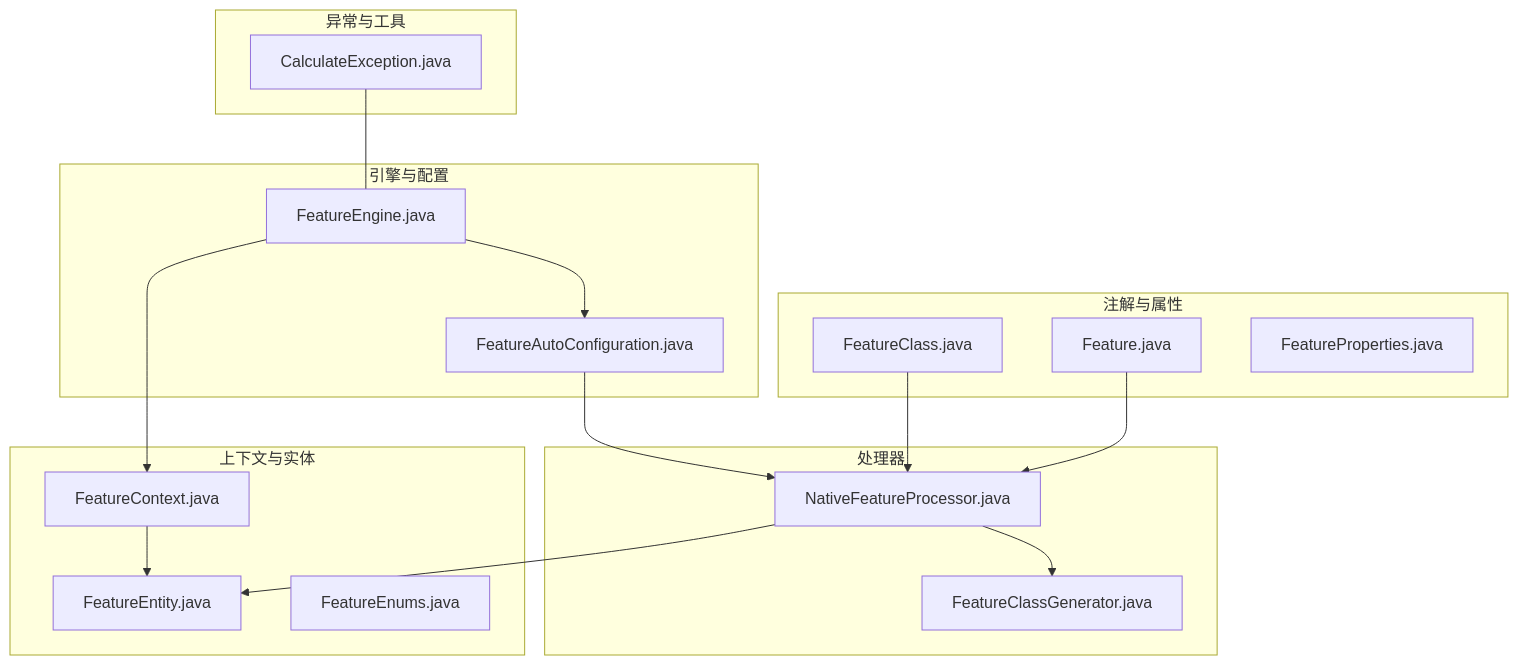
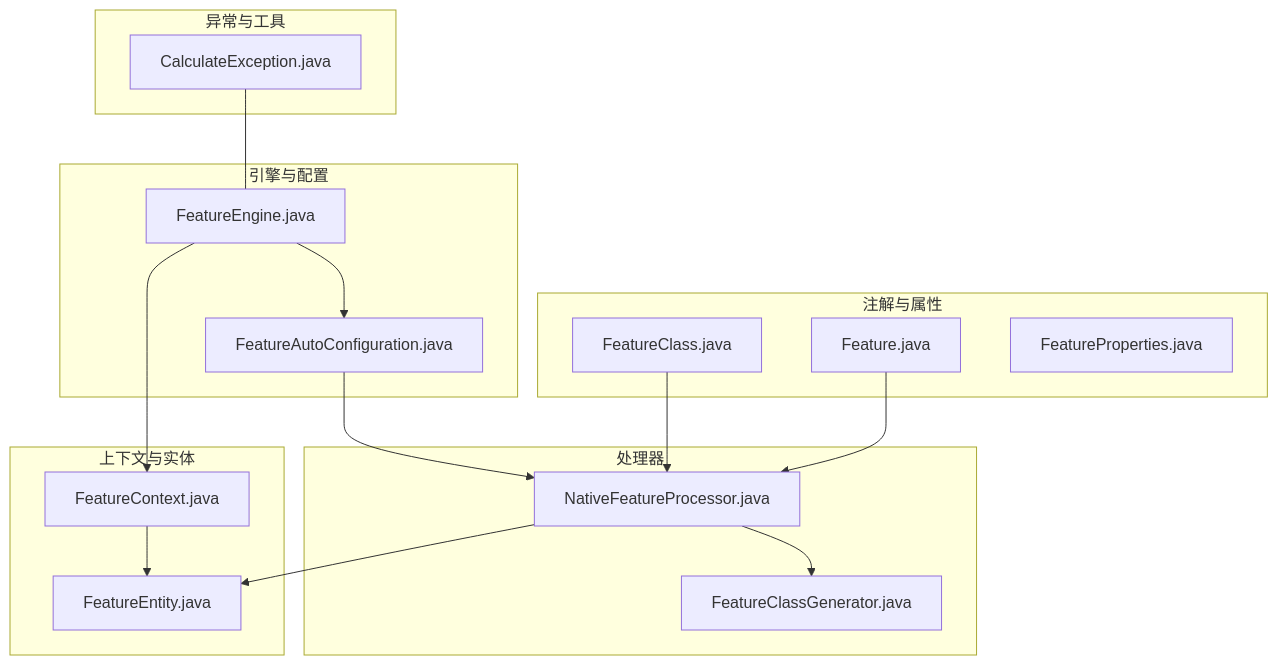
Before and after one commit to txzhanghuan/feature: the second of 9 diagrams in .qoder/repowiki/zh/content/项目概述.md, drawn with Mermaid. The commit also changed other lines of this file and 48 other files, not shown here.

````diff
--- a/.qoder/repowiki/zh/content/项目概述.md
+++ b/.qoder/repowiki/zh/content/项目概述.md
@@ -54,33 +82,32 @@
 ```mermaid
 graph TB
 subgraph "注解与属性"
 A1["Feature.java"]
 A2["FeatureClass.java"]
 A3["FeatureProperties.java"]
 end
 subgraph "处理器"
 P1["NativeFeatureProcessor.java"]
 P2["FeatureClassGenerator.java"]
 end
 subgraph "上下文与实体"
 C1["FeatureContext.java"]
 C2["FeatureEntity.java"]
-C3["FeatureEnums.java"]
 end
 subgraph "引擎与配置"
 E1["FeatureEngine.java"]
 E2["FeatureAutoConfiguration.java"]
 end
 subgraph "异常与工具"
 X1["CalculateException.java"]
 end
 A1 --> P1
 A2 --> P1
 P1 --> P2
 P1 --> C2
 C1 --> C2
 E1 --> C1
 E1 --> E2
 E2 --> P1
 X1 --- E1
 ```
````
